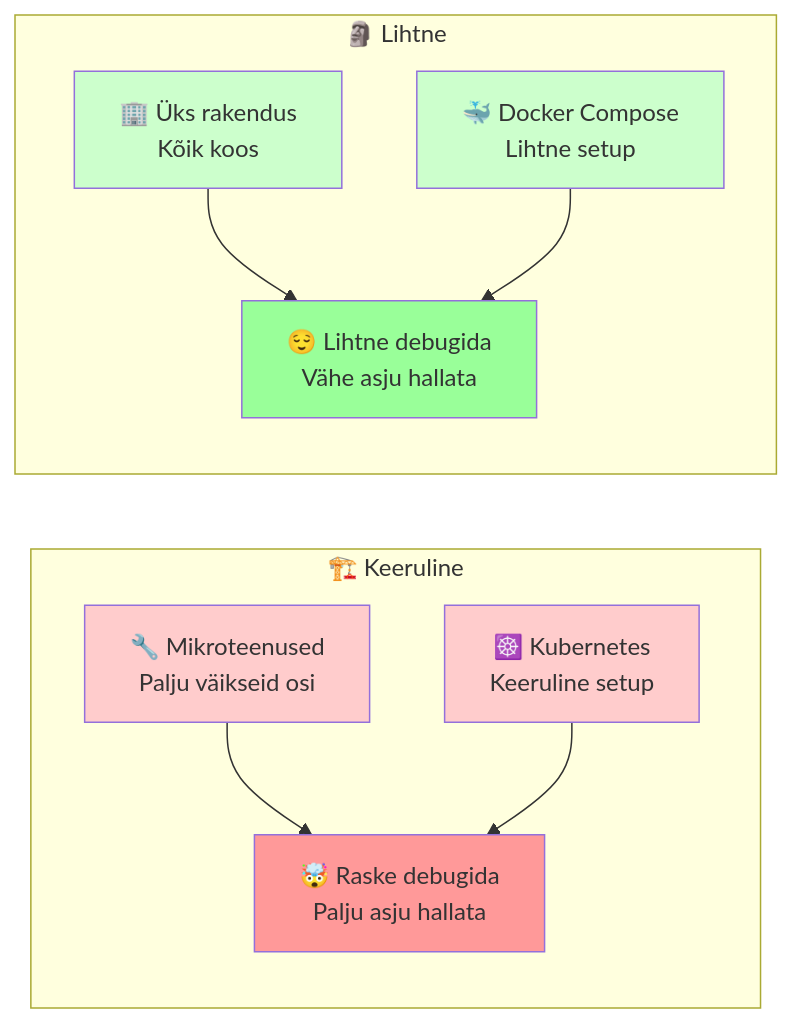
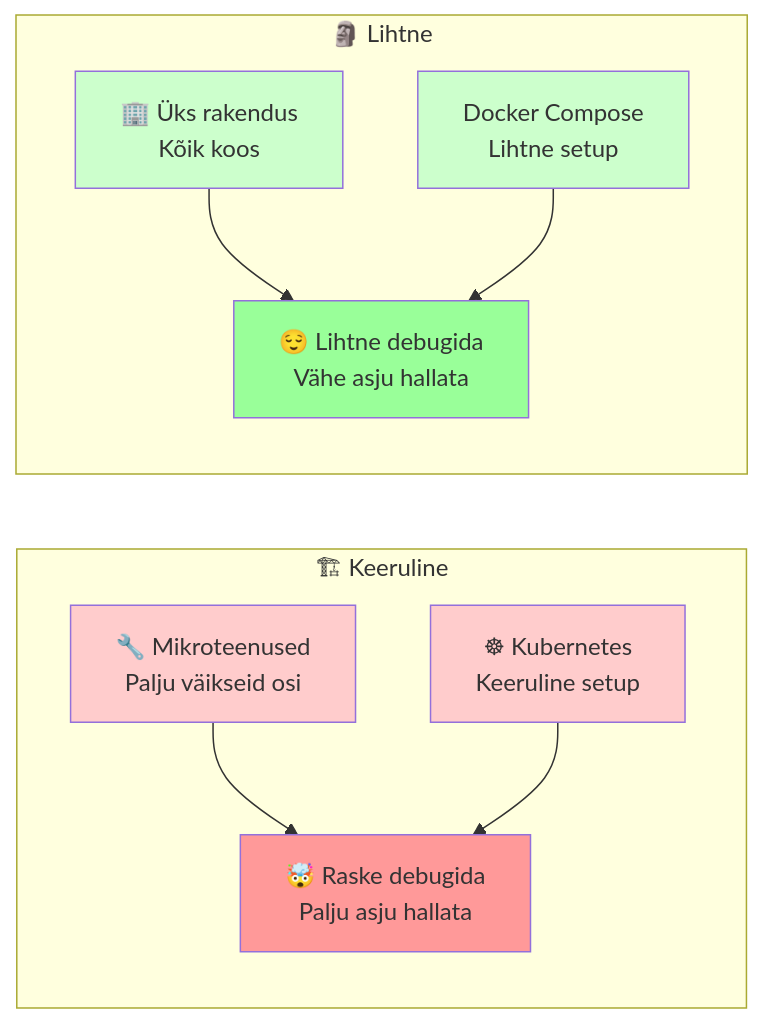
One commit to mtalvik/automation changed diagram 17 of 17 in docs/docker_orchestration/lecture.md. Above: the diagram before and after it, drawn with Mermaid. The commit also changed other lines of this file and 168 other files, not shown here.

````diff
--- a/docs/docker_orchestration/lecture.md
+++ b/docs/docker_orchestration/lecture.md
@@ -1189,26 +1189,26 @@
 ```mermaid
 graph LR
-    subgraph "🏗️ Keeruline"
+    subgraph "🏗 Keeruline"
         Micro[🔧 Mikroteenused<br/>Palju väikseid osi]
-        K8s[☸️ Kubernetes<br/>Keeruline setup]
+        K8s[☸ Kubernetes<br/>Keeruline setup]
         Complex[🤯 Raske debugida<br/>Palju asju hallata]
     end
     
     subgraph "🗿 Lihtne"
         Mono[🏢 Üks rakendus<br/>Kõik koos]
-        Compose[🐳 Docker Compose<br/>Lihtne setup]
+        Compose[ Docker Compose<br/>Lihtne setup]
         Simple[😌 Lihtne debugida<br/>Vähe asju hallata]
     end
     
     Micro --> Complex
     K8s --> Complex
     Mono --> Simple
     Compose --> Simple
     
     style Micro fill:#ffcccc
     style K8s fill:#ffcccc
     style Complex fill:#ff9999
     style Mono fill:#ccffcc
     style Compose fill:#ccffcc
     style Simple fill:#99ff99
 ```
````
